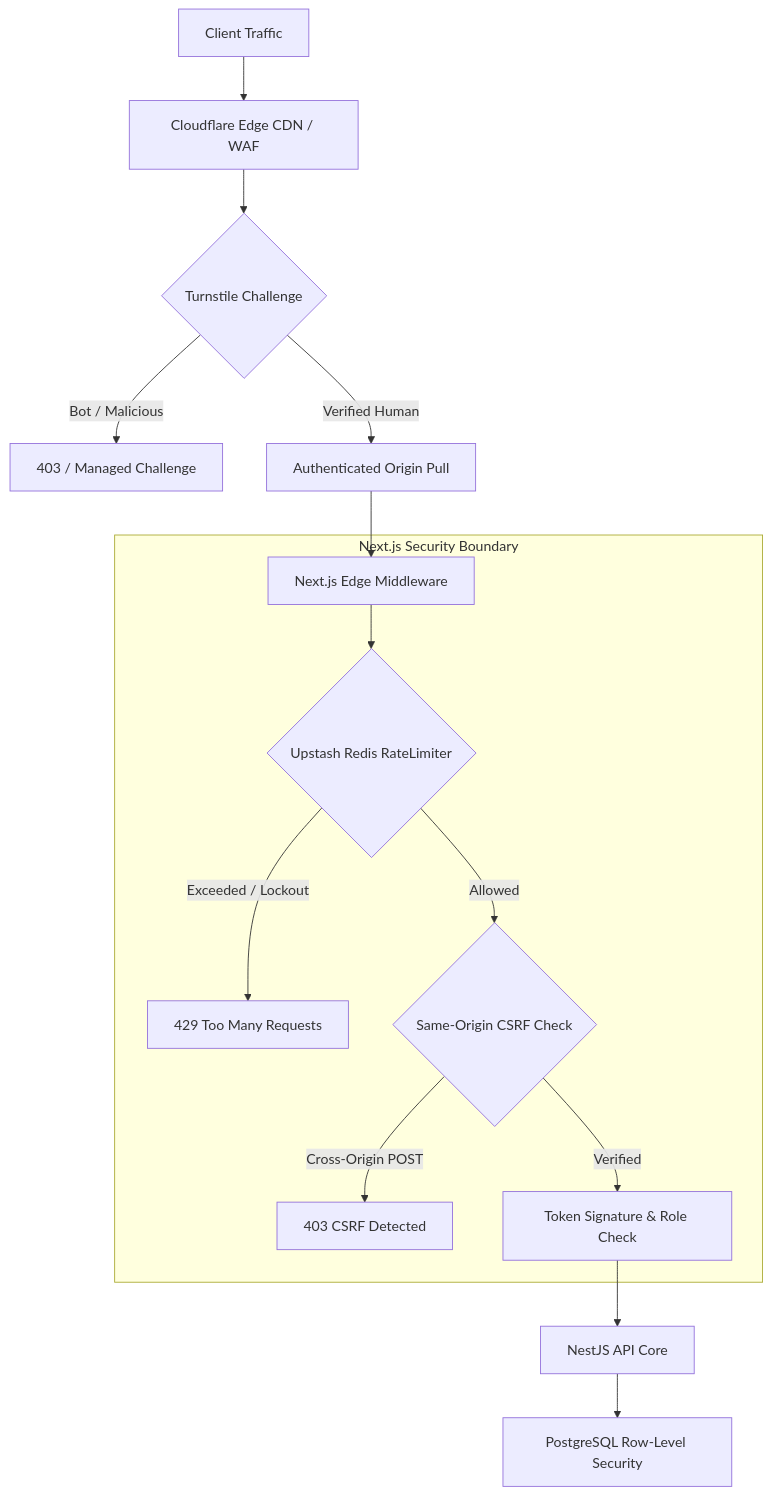
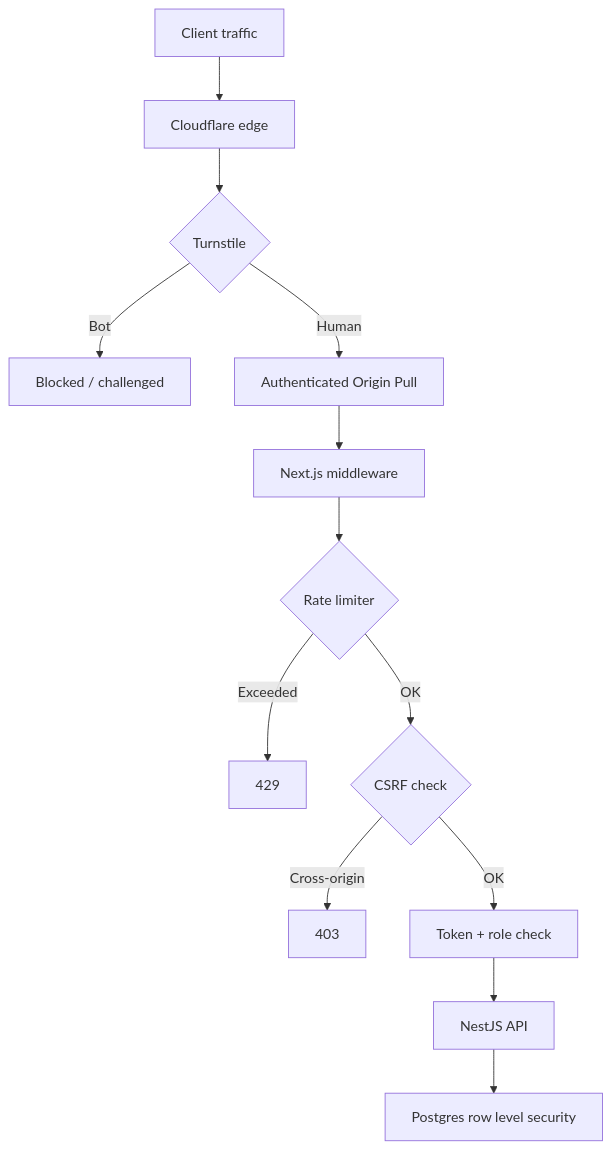
The ninth of 17 diagrams in README.md (jathinreddy-5/Shop-Sell), drawn with Mermaid before and after one commit. The commit also changed other lines of this file, not shown here.

````diff
--- a/README.md
+++ b/README.md
@@ -114,19 +394,15 @@
 ```mermaid
 flowchart TD
-    Traffic[Client Traffic] --> CF[Cloudflare Edge CDN / WAF]
-    CF --> Turnstile{Turnstile Challenge}
-    Turnstile -->|Bot / Malicious| Block[403 / Managed Challenge]
-    Turnstile -->|Verified Human| Proxy[Authenticated Origin Pull]
-    Proxy --> MW[Next.js Edge Middleware]
-    
-    subgraph "Next.js Security Boundary"
-        MW --> RL{Upstash Redis RateLimiter}
-        RL -->|Exceeded / Lockout| Throttle[429 Too Many Requests]
-        RL -->|Allowed| CSRF{Same-Origin CSRF Check}
-        CSRF -->|Cross-Origin POST| Reject[403 CSRF Detected]
-        CSRF -->|Verified| Auth[Token Signature & Role Check]
-    end
-
-    Auth --> API[NestJS API Core]
-    API --> RLS[PostgreSQL Row-Level Security]
+    T["Client traffic"] --> CF["Cloudflare edge"]
+    CF --> TS{"Turnstile"}
+    TS -->|Bot| B1["Blocked / challenged"]
+    TS -->|Human| AOP["Authenticated Origin Pull"]
+    AOP --> MW["Next.js middleware"]
+    MW --> RL{"Rate limiter"}
+    RL -->|Exceeded| T1["429"]
+    RL -->|OK| CSRF{"CSRF check"}
+    CSRF -->|Cross-origin| B2["403"]
+    CSRF -->|OK| AU["Token + role check"]
+    AU --> API["NestJS API"]
+    API --> RLS["Postgres row level security"]
 ```
````
